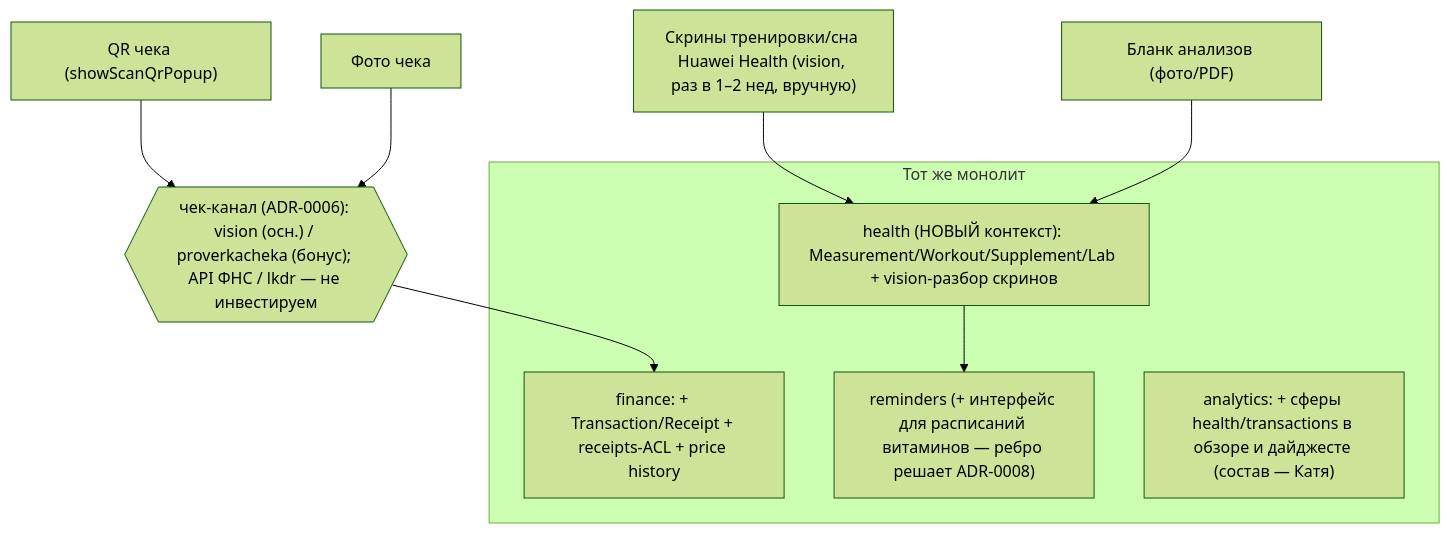
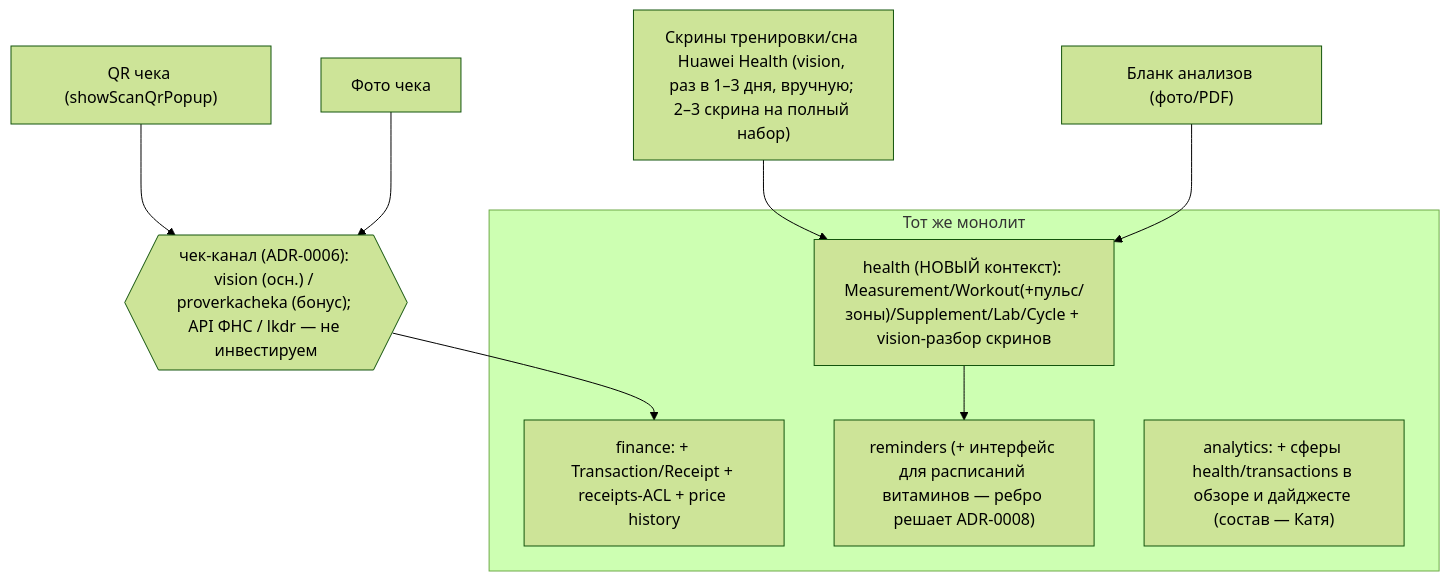
The second of 3 diagrams in docs/06_program/architecture-evolution.md (SkeiLeinux/Assistent_bot), drawn with Mermaid (forest theme) before and after one commit. The commit also changed other lines of this file and 32 other files, not shown here.

````diff
--- a/docs/06_program/architecture-evolution.md
+++ b/docs/06_program/architecture-evolution.md
@@ -60,16 +60,16 @@
 ```mermaid
 flowchart TB
   subgraph VPS["Тот же монолит"]
     F2["finance: + Transaction/Receipt + receipts-ACL + price history"]
-    H["health (НОВЫЙ контекст): Measurement/Workout/Supplement/Lab + vision-разбор скринов"]
+    H["health (НОВЫЙ контекст): Measurement/Workout(+пульс/зоны)/Supplement/Lab/Cycle + vision-разбор скринов"]
     R2["reminders (+ интерфейс для расписаний витаминов — ребро решает ADR-0008)"]
     A2["analytics: + сферы health/transactions в обзоре и дайджесте (состав — Катя)"]
   end
 
   QR["QR чека (showScanQrPopup)"] --> CHAN
   PHOTO["Фото чека"] --> CHAN
   CHAN{{"чек-канал (ADR-0006): vision (осн.) / proverkacheka (бонус); API ФНС / lkdr — не инвестируем"}} --> F2
-  HSCR["Скрины тренировки/сна Huawei Health (vision, раз в 1–2 нед, вручную)"] --> H
+  HSCR["Скрины тренировки/сна Huawei Health (vision, раз в 1–3 дня, вручную; 2–3 скрина на полный набор)"] --> H
   LAB["Бланк анализов (фото/PDF)"] --> H
   H --> R2
 ```
````
